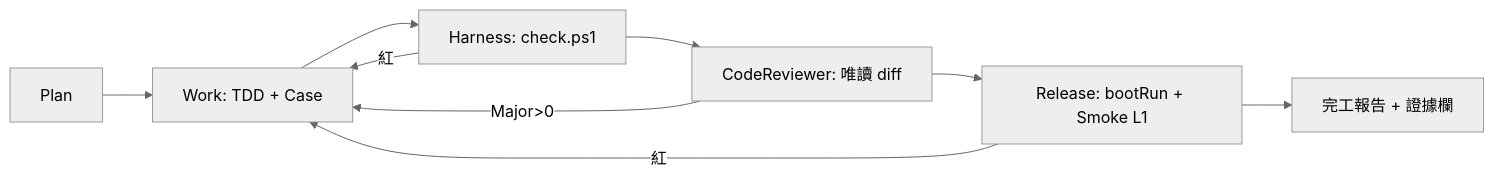
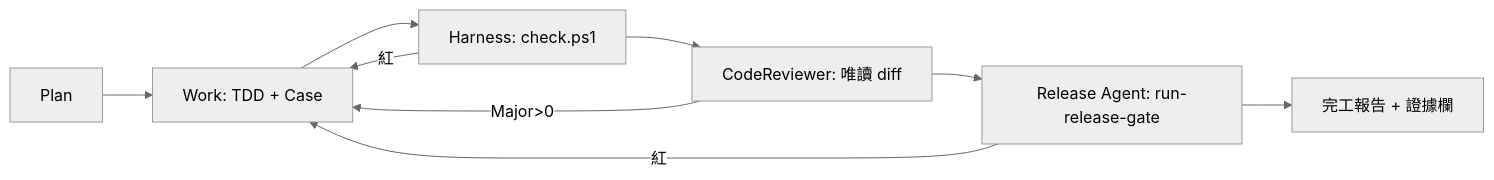
The first of 2 diagrams in docs/graph-routing.md (johnGitHub24/TradingSagaTCC), drawn with Mermaid (neutral theme) before and after one commit. The commit also changed other lines of this file, not shown here.

Commit message:
docs：graph-routing 對齊 Release Agent 與 Cursor Task 範例（EOS 0.1.20）。

````diff
--- a/docs/graph-routing.md
+++ b/docs/graph-routing.md
@@ -19,11 +19,11 @@
 ```mermaid
 flowchart LR
   P[Plan] --> W[Work: TDD + Case]
   W --> H[Harness: check.ps1]
   H -->|紅| W
   H --> CR[CodeReviewer: 唯讀 diff]
   CR -->|Major>0| W
-  CR --> S[Release: bootRun + Smoke L1]
-  S -->|紅| W
-  S --> REP[完工報告 + 證據欄]
+  CR --> RA[Release Agent: run-release-gate]
+  RA -->|紅| W
+  RA --> REP[完工報告 + 證據欄]
 ```
````
